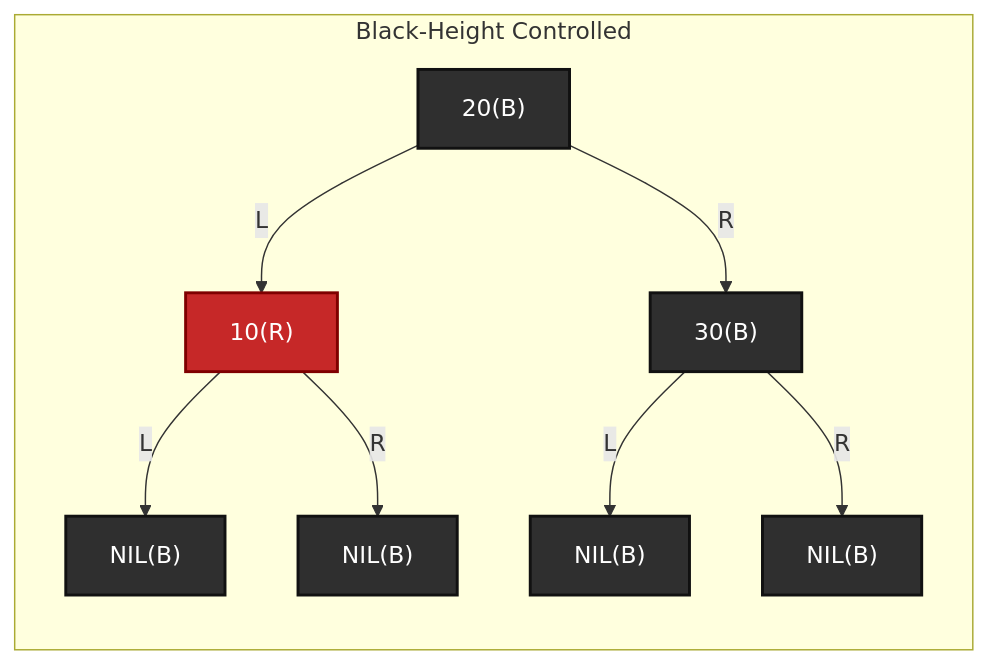
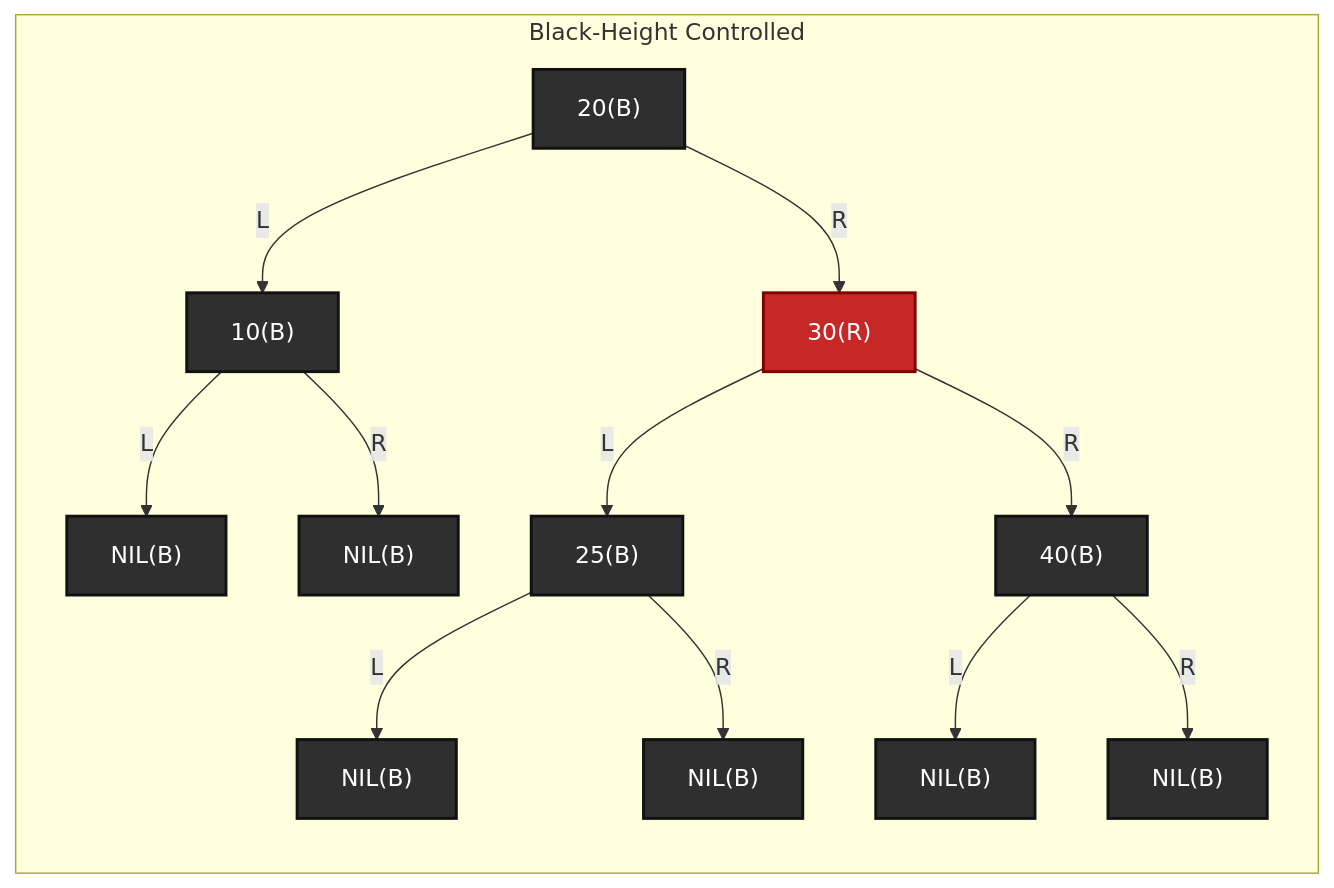
One commit to FormingSystem/linux_note changed the sixth of 42 diagrams in appendix/kernel_data_structure/红黑树_rb-tree/P07_红黑树：把 2-3-4 树映射成二叉表示.md. Above: the diagram before and after it, drawn with Mermaid. The commit also changed other lines of this file, not shown here.

````diff
--- a/appendix/kernel_data_structure/红黑树_rb-tree/P07_红黑树：把 2-3-4 树映射成二叉表示.md
+++ b/appendix/kernel_data_structure/红黑树_rb-tree/P07_红黑树：把 2-3-4 树映射成二叉表示.md
@@ -551,25 +551,33 @@
 ```mermaid
 graph LR
 	subgraph "Black-Height Controlled"
 		A["20(B)"]
-		B["10(R)"]
-		C["30(B)"]
+		B["10(B)"]
+		C["30(R)"]
 		D["NIL(B)"]
 		E["NIL(B)"]
-		F["NIL(B)"]
-		G["NIL(B)"]
+		F["25(B)"]
+		G["40(B)"]
+		H["NIL(B)"]
+		I["NIL(B)"]
+		J["NIL(B)"]
+		K["NIL(B)"]
 	end
 
 	A -->|"L"| B
 	A -->|"R"| C
 	B -->|"L"| D
 	B -->|"R"| E
 	C -->|"L"| F
 	C -->|"R"| G
+	F -->|"L"| H
+	F -->|"R"| I
+	G -->|"L"| J
+	G -->|"R"| K
 
 	classDef black fill:#2f2f2f,stroke:#111,color:#fff,stroke-width:2px;
 	classDef red fill:#c62828,stroke:#7f0000,color:#fff,stroke-width:2px;
 
-	class A,C,D,E,F,G black;
-	class B red;
+	class A,B,D,E,F,G,H,I,J,K black;
+	class C red;
 ```
````
